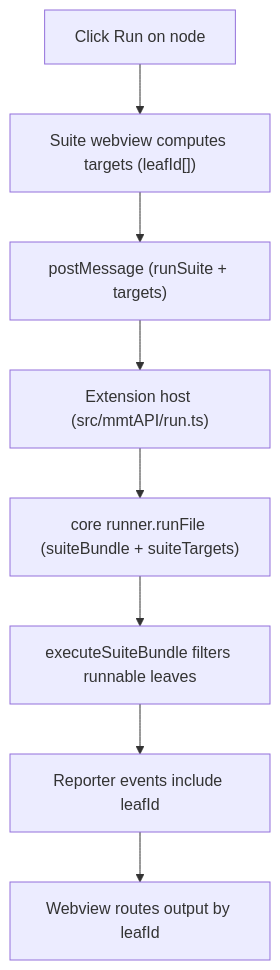
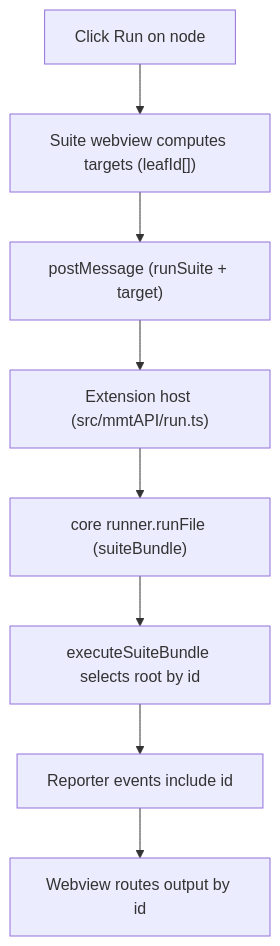
One commit to mshobeyri/multimeter changed the fourth of 4 diagrams in AGENTS.md. Above: the diagram before and after it, drawn with Mermaid. The commit also changed other lines of this file and 2 other files, not shown here.

````diff
--- a/AGENTS.md
+++ b/AGENTS.md
@@ -160,10 +162,10 @@
 ```mermaid
 flowchart TD
   A["Click Run on node"] --> B["Suite webview computes targets (leafId[])"]
-  B --> C["postMessage (runSuite + targets)"]
+  B --> C["postMessage (runSuite + target)"]
   C --> D["Extension host (src/mmtAPI/run.ts)"]
-  D --> E["core runner.runFile (suiteBundle + suiteTargets)"]
-  E --> F["executeSuiteBundle filters runnable leaves"]
-  F --> G["Reporter events include leafId"]
-  G --> H["Webview routes output by leafId"]
+  D --> E["core runner.runFile (suiteBundle)"]
+  E --> F["executeSuiteBundle selects root by id"]
+  F --> G["Reporter events include id"]
+  G --> H["Webview routes output by id"]
 ```
````
